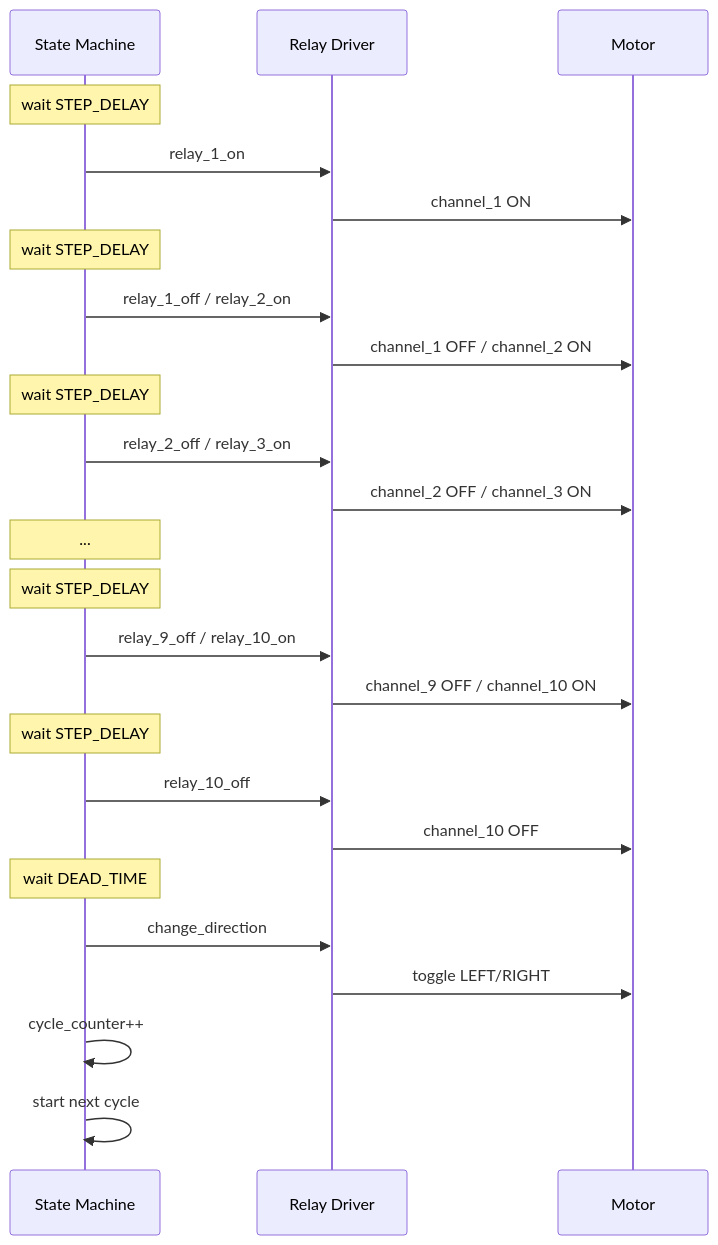
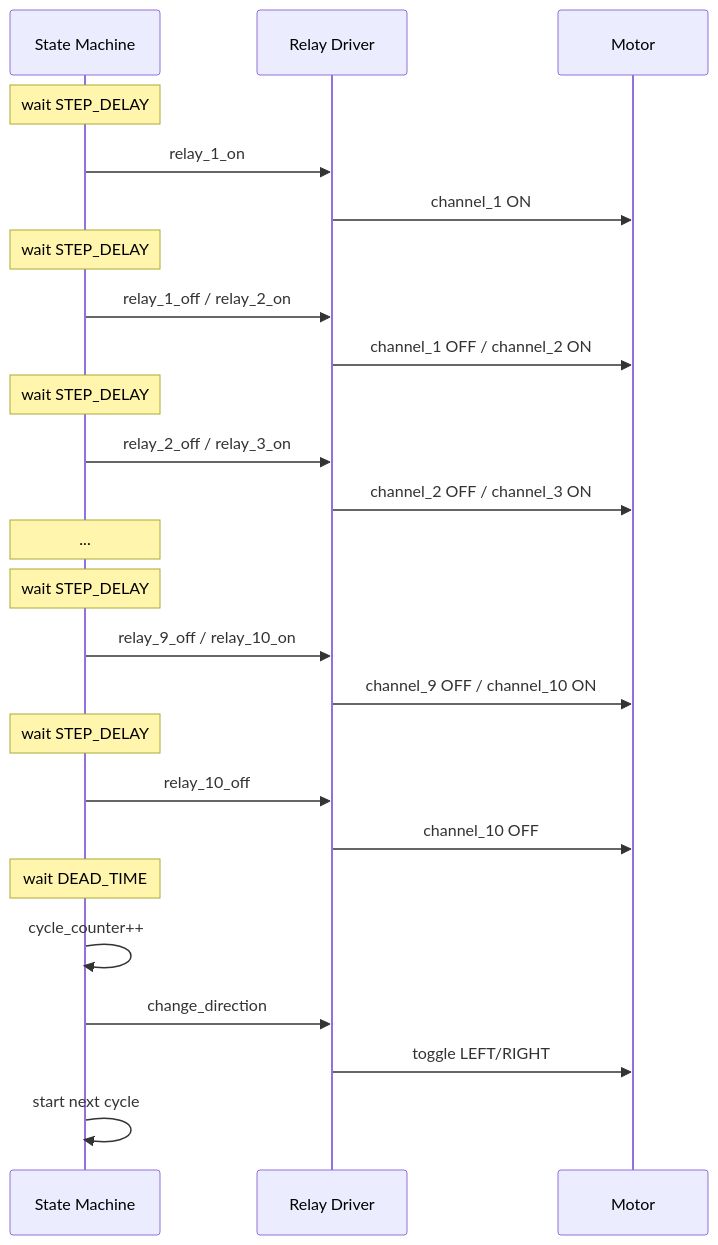
Before and after one commit to domkow78/Relay_tester: the diagram in sequence_diagram.md, drawn with Mermaid. The commit also changed other lines of this file and 7 other files, not shown here.

````diff
--- a/sequence_diagram.md
+++ b/sequence_diagram.md
@@ -32,43 +32,43 @@
 ```mermaid
 sequenceDiagram
 
 participant SM as State Machine
 participant RD as Relay Driver
 participant MOTOR as Motor
 
 Note over SM: wait STEP_DELAY
 
 SM->>RD: relay_1_on
 RD->>MOTOR: channel_1 ON
 
 Note over SM: wait STEP_DELAY
 
 SM->>RD: relay_1_off / relay_2_on
 RD->>MOTOR: channel_1 OFF / channel_2 ON
 
 Note over SM: wait STEP_DELAY
 
 SM->>RD: relay_2_off / relay_3_on
 RD->>MOTOR: channel_2 OFF / channel_3 ON
 
 Note over SM: ...
 
 Note over SM: wait STEP_DELAY
 
 SM->>RD: relay_9_off / relay_10_on
 RD->>MOTOR: channel_9 OFF / channel_10 ON
 
 Note over SM: wait STEP_DELAY
 
 SM->>RD: relay_10_off
 RD->>MOTOR: channel_10 OFF
 
 Note over SM: wait DEAD_TIME
 
+SM->>SM: cycle_counter++
+
 SM->>RD: change_direction
 RD->>MOTOR: toggle LEFT/RIGHT
 
-SM->>SM: cycle_counter++
-
 SM->>SM: start next cycle
 ```
````
